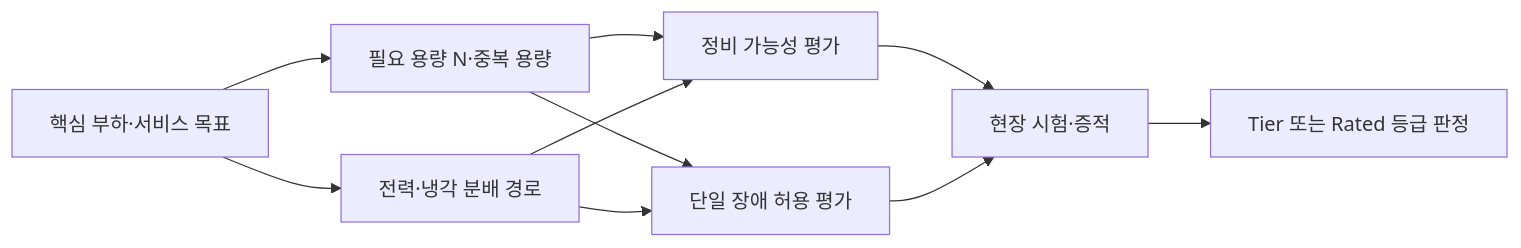
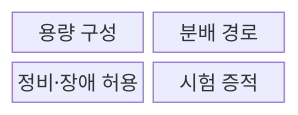
Before and after one commit to agnusdei1207/knowledge-base: the first of 2 diagrams in src/content/docs/notes/02-hardware/056_data_center_tier.md, drawn with Mermaid. The commit also changed other lines of this file and 20 other files, not shown here.

````diff
--- a/src/content/docs/notes/02-hardware/056_data_center_tier.md
+++ b/src/content/docs/notes/02-hardware/056_data_center_tier.md
@@ -63,12 +61,8 @@
 ```mermaid
-flowchart LR
-    L["핵심 부하·서비스 목표"] --> C["필요 용량 N·중복 용량"]
-    L --> P["전력·냉각 분배 경로"]
-    C --> M["정비 가능성 평가"]
-    P --> M
-    C --> F["단일 장애 허용 평가"]
-    P --> F
-    M --> E["현장 시험·증적"]
-    F --> E
-    E --> R["Tier 또는 Rated 등급 판정"]
+block
+    columns 2
+    C["용량 구성"]
+    P["분배 경로"]
+    F["정비·장애 허용"]
+    E["시험 증적"]
 ```
````
